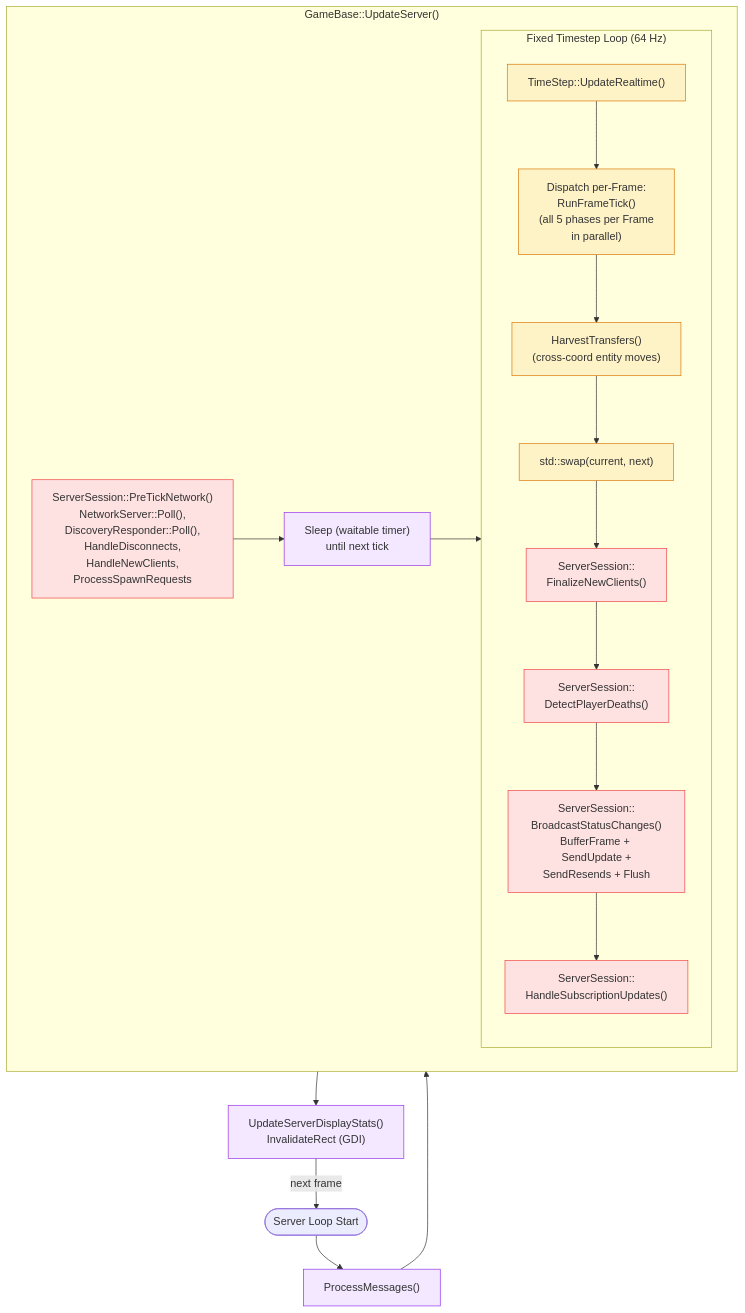
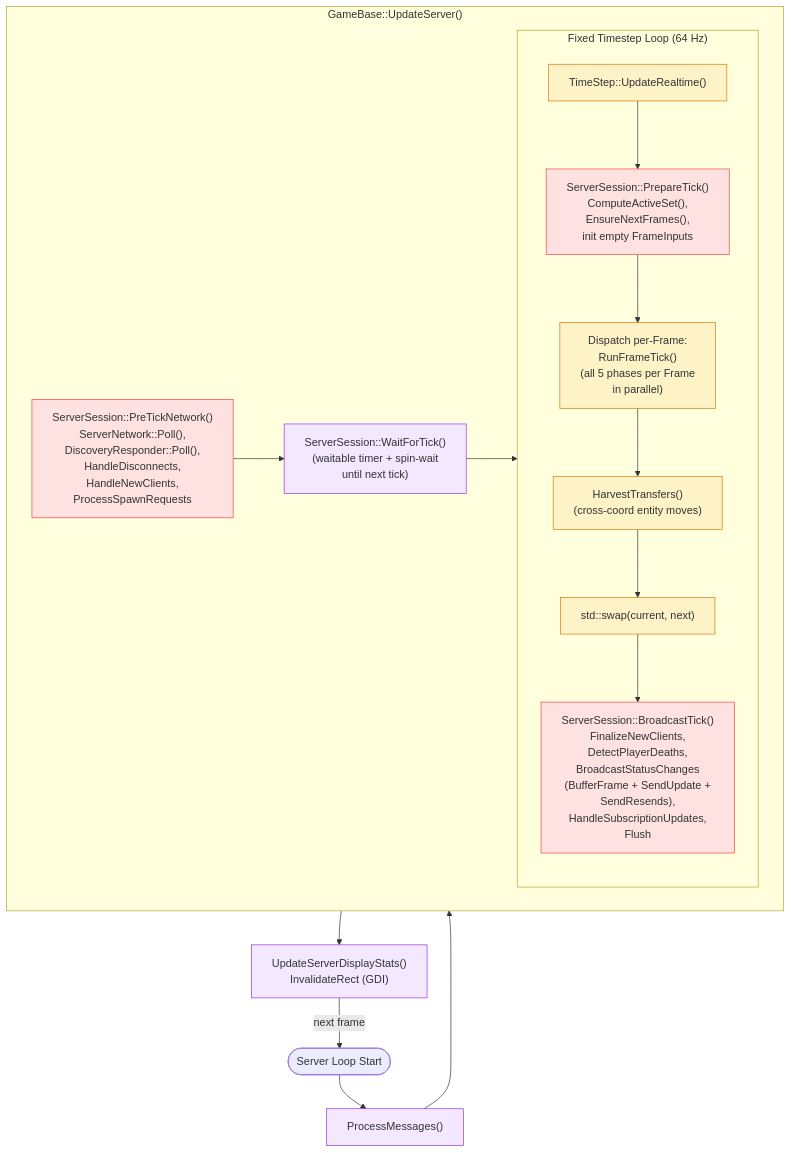
The third of 5 diagrams in Documents/Architecture/FrameUpdatePipeline.md (DougTanner/BrokenEnginePublic), drawn with Mermaid before and after one commit. The commit also changed other lines of this file and 66 other files, not shown here.

````diff
--- a/Documents/Architecture/FrameUpdatePipeline.md
+++ b/Documents/Architecture/FrameUpdatePipeline.md
@@ -111,37 +111,35 @@
 ```mermaid
 %%{init: {'theme': 'default'}}%%
 flowchart TD
     classDef physics fill:#fef3c7,stroke:#d97706
     classDef network fill:#fee2e2,stroke:#ef4444
     classDef server fill:#f3e8ff,stroke:#9333ea
 
     start(["Server Loop Start"])
 
     msgs["ProcessMessages()"]:::server
 
     subgraph tick_frames ["GameBase::UpdateServer()"]
-        pre_tick["ServerSession::PreTickNetwork()<br/>NetworkServer::Poll(),<br/>DiscoveryResponder::Poll(),<br/>HandleDisconnects,<br/>HandleNewClients,<br/>ProcessSpawnRequests"]:::network
+        pre_tick["ServerSession::PreTickNetwork()<br/>ServerNetwork::Poll(),<br/>DiscoveryResponder::Poll(),<br/>HandleDisconnects,<br/>HandleNewClients,<br/>ProcessSpawnRequests"]:::network
 
-        sleep["Sleep (waitable timer)<br/>until next tick"]:::server
+        wait_tick["ServerSession::WaitForTick()<br/>(waitable timer + spin-wait<br/>until next tick)"]:::server
 
         subgraph physics_loop ["Fixed Timestep Loop (64 Hz)"]
             ts["TimeStep::UpdateRealtime()"]:::physics
+            prepare_tick["ServerSession::PrepareTick()<br/>ComputeActiveSet(),<br/>EnsureNextFrames(),<br/>init empty FrameInputs"]:::network
             dispatch_s["Dispatch per-Frame:<br/>RunFrameTick()<br/>(all 5 phases per Frame<br/>in parallel)"]:::physics
             frame_swap["std::swap(current, next)"]:::physics
-            finalize["ServerSession::<br/>FinalizeNewClients()"]:::network
-            deaths["ServerSession::<br/>DetectPlayerDeaths()"]:::network
-            broadcast["ServerSession::<br/>BroadcastStatusChanges()<br/>BufferFrame + SendUpdate +<br/>SendResends + Flush"]:::network
-            subscriptions["ServerSession::<br/>HandleSubscriptionUpdates()"]:::network
+            broadcast_tick["ServerSession::BroadcastTick()<br/>FinalizeNewClients,<br/>DetectPlayerDeaths,<br/>BroadcastStatusChanges<br/>(BufferFrame + SendUpdate +<br/>SendResends),<br/>HandleSubscriptionUpdates,<br/>Flush"]:::network
             harvest["HarvestTransfers()<br/>(cross-coord entity moves)"]:::physics
-            ts --> dispatch_s --> harvest --> frame_swap
-            frame_swap --> finalize --> deaths --> broadcast --> subscriptions
+            ts --> prepare_tick --> dispatch_s --> harvest --> frame_swap
+            frame_swap --> broadcast_tick
         end
 
-        pre_tick --> sleep --> physics_loop
+        pre_tick --> wait_tick --> physics_loop
     end
 
     display["UpdateServerDisplayStats()<br/>InvalidateRect (GDI)"]:::server
 
     start --> msgs --> tick_frames --> display
     display -->|next frame| start
 ```
````
